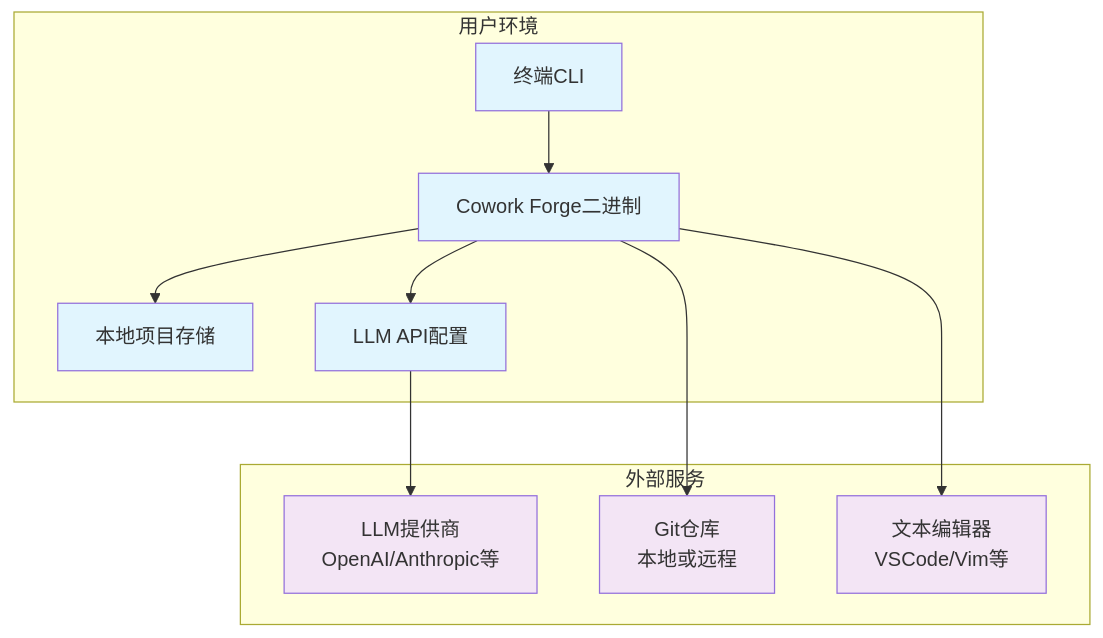
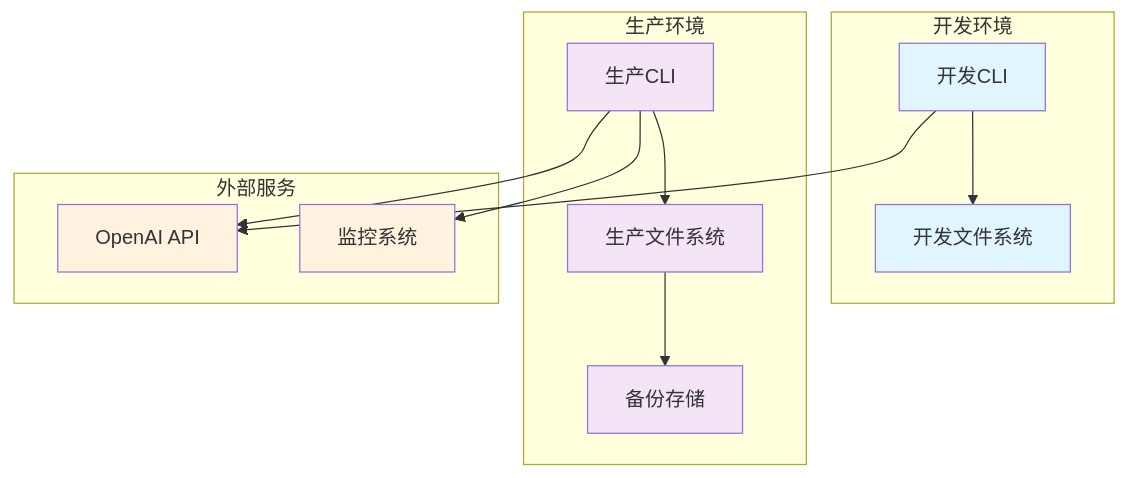
Diagram 11 of 11 in litho.docs/zh/2、架构概览.md (sopaco/cowork-forge), drawn with Mermaid before and after one commit. The commit also changed other lines of this file and 26 other files, not shown here.

````diff
--- a/litho.docs/zh/2、架构概览.md
+++ b/litho.docs/zh/2、架构概览.md
@@ -756,24 +849,33 @@
 ```mermaid
 graph TB
-    subgraph "用户环境"
-        A[终端CLI] --> B[Cowork Forge二进制]
-        B --> C[本地项目存储]
-        B --> D[LLM API配置]
+    subgraph "开发环境"
+        DEV_CLI[开发CLI]
+        DEV_FS[开发文件系统]
+    end
+    
+    subgraph "生产环境"
+        PROD_CLI[生产CLI]
+        PROD_FS[生产文件系统]
+        PROD_BACKUP[备份存储]
     end
     
     subgraph "外部服务"
-        E[LLM提供商<br/>OpenAI/Anthropic等]
-        F[Git仓库<br/>本地或远程]
-        G[文本编辑器<br/>VSCode/Vim等]
+        OPENAI[OpenAI API]
+        MONITOR[监控系统]
     end
     
-    D --> E
-    B --> F
-    B --> G
+    DEV_CLI --> OPENAI
+    PROD_CLI --> OPENAI
+    DEV_CLI --> DEV_FS
+    PROD_CLI --> PROD_FS
+    PROD_FS --> PROD_BACKUP
+    PROD_CLI --> MONITOR
     
-    classDef local fill:#e1f5fe
-    classDef external fill:#f3e5f5
+    classDef dev fill:#e1f5fe
+    classDef prod fill:#f3e5f5
+    classDef external fill:#fff3e0
     
-    class A,B,C,D local
-    class E,F,G external
+    class DEV_CLI,DEV_FS dev
+    class PROD_CLI,PROD_FS,PROD_BACKUP prod
+    class OPENAI,MONITOR external
 ```
````
